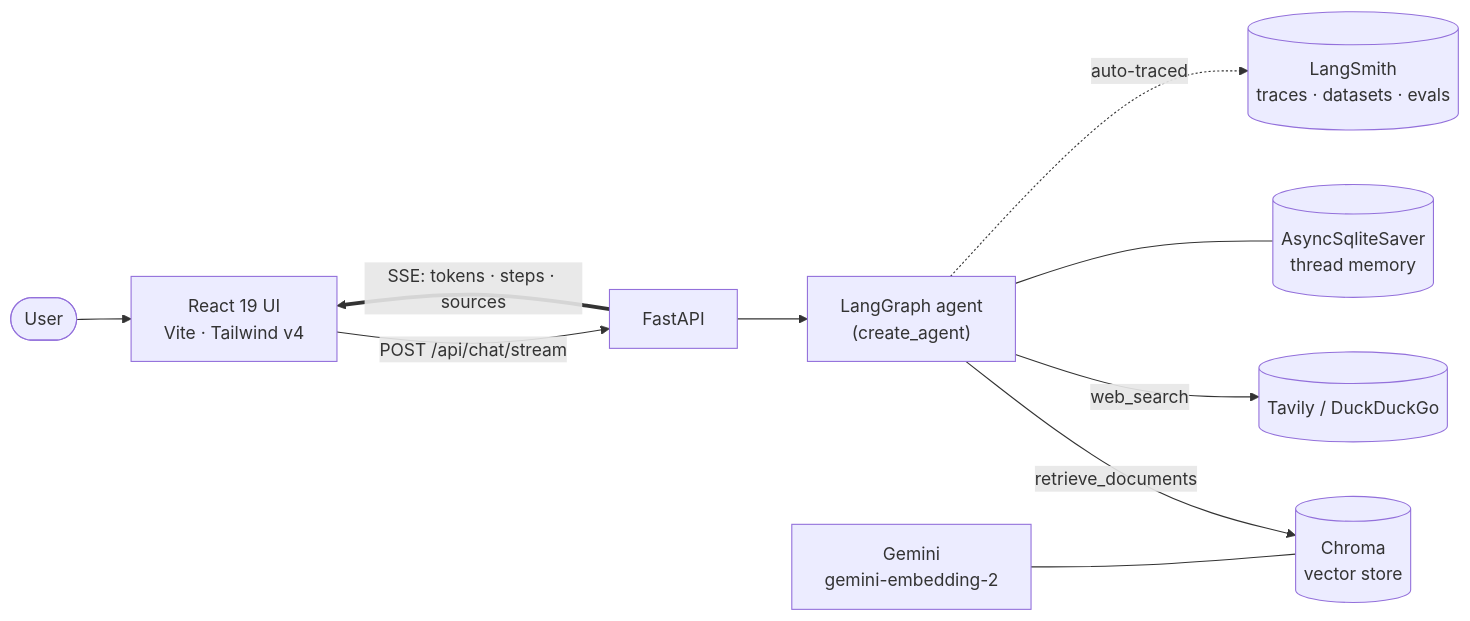
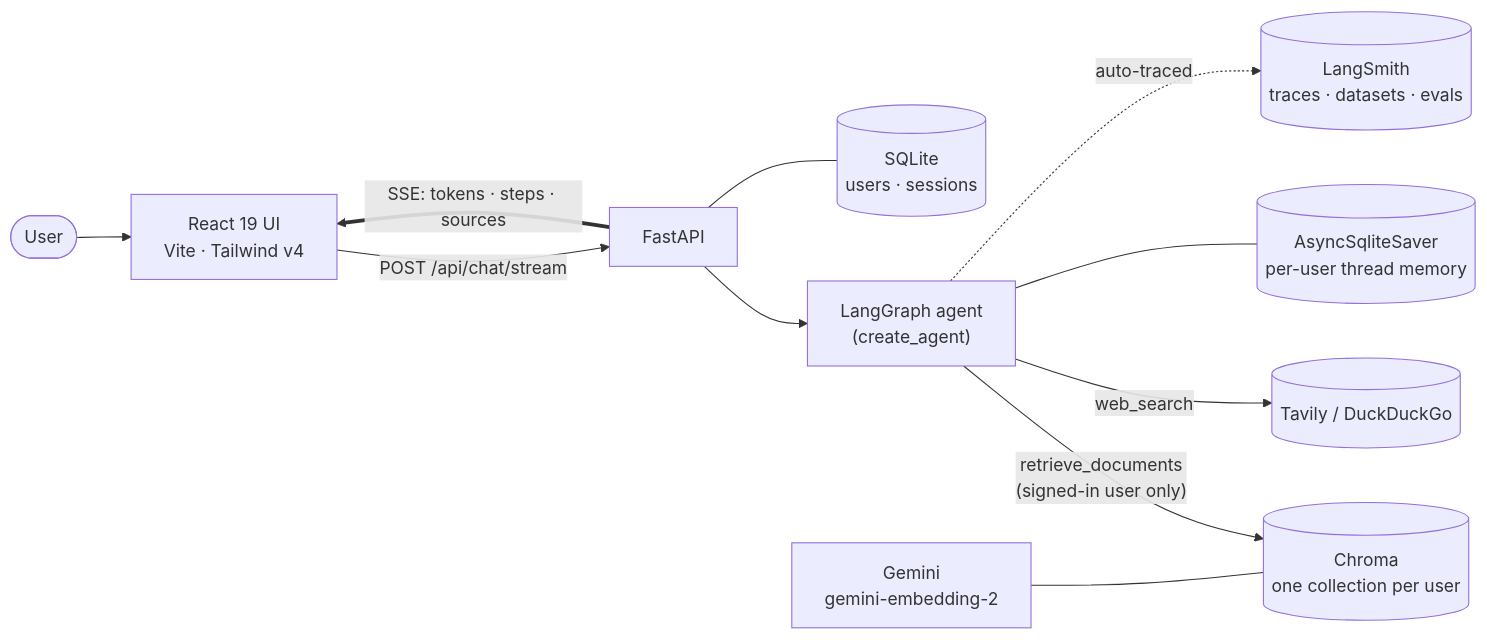
One commit to UtkarshRai14/agentic-rag-assistant changed the first of 3 diagrams in README.md. Above: the diagram before and after it, drawn with Mermaid. The commit also changed other lines of this file and 2 other files, not shown here.

First line of the commit message:
Document multi-user setup and persist the users database

````diff
--- a/README.md
+++ b/README.md
@@ -49,12 +51,13 @@
 ```mermaid
 flowchart LR
     U([User]) --> FE["React 19 UI<br/>Vite · Tailwind v4"]
     FE -- "POST /api/chat/stream" --> API[FastAPI]
     API == "SSE: tokens · steps · sources" ==> FE
     API --> AG["LangGraph agent<br/>(create_agent)"]
-    AG -->|retrieve_documents| VS[("Chroma<br/>vector store")]
+    AG -->|"retrieve_documents<br/>(signed-in user only)"| VS[("Chroma<br/>one collection per user")]
     AG -->|web_search| WEB[("Tavily / DuckDuckGo")]
-    AG --- MEM[("AsyncSqliteSaver<br/>thread memory")]
+    AG --- MEM[("AsyncSqliteSaver<br/>per-user thread memory")]
+    API --- USERS[("SQLite<br/>users · sessions")]
     EMB["Gemini<br/>gemini-embedding-2"] --- VS
     AG -. auto-traced .-> LS[("LangSmith<br/>traces · datasets · evals")]
 ```
````
